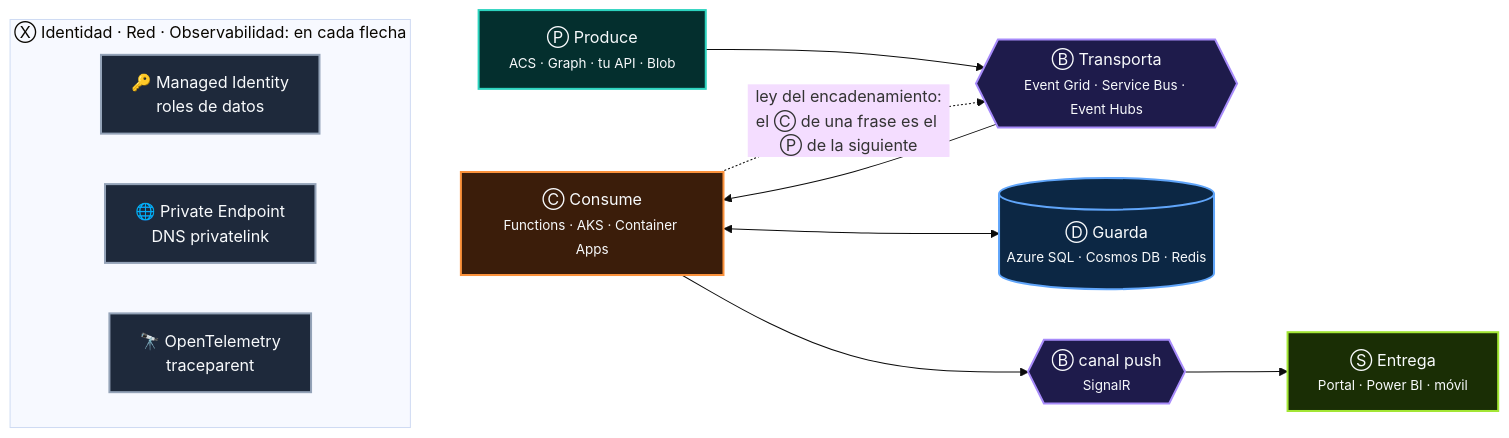
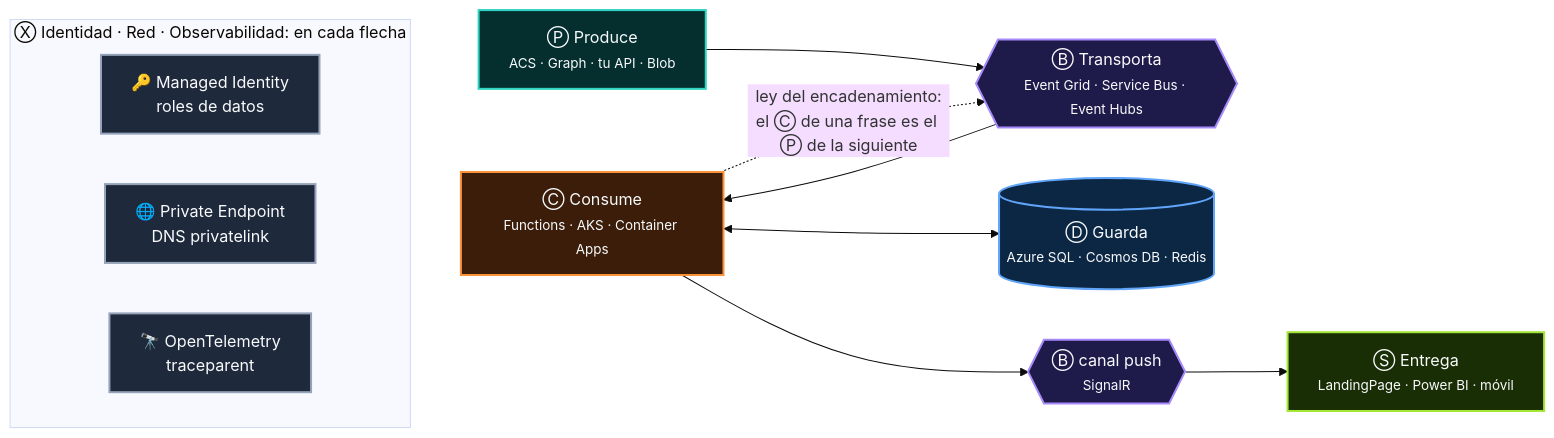
Before and after one commit to CristianSifuentes/QuickTheoryNET: the first of 3 diagrams in README.md, drawn with Mermaid (base theme). The commit also changed other lines of this file and 23 other files, not shown here.

First line of the commit message:
Rename the Portal project to LandingPage

````diff
--- a/README.md
+++ b/README.md
@@ -119,21 +119,21 @@
 ```mermaid
 flowchart LR
     P["Ⓟ Produce<br/><small>ACS · Graph · tu API · Blob</small>"]:::P --> B{{"Ⓑ Transporta<br/><small>Event Grid · Service Bus · Event Hubs</small>"}}:::B
     B --> C["Ⓒ Consume<br/><small>Functions · AKS · Container Apps</small>"]:::C
     C <--> D[("Ⓓ Guarda<br/><small>Azure SQL · Cosmos DB · Redis</small>")]:::D
-    C --> S2{{"Ⓑ canal push<br/><small>SignalR</small>"}}:::B --> S["Ⓢ Entrega<br/><small>Portal · Power BI · móvil</small>"]:::S
+    C --> S2{{"Ⓑ canal push<br/><small>SignalR</small>"}}:::B --> S["Ⓢ Entrega<br/><small>LandingPage · Power BI · móvil</small>"]:::S
     C -.->|"ley del encadenamiento:<br/>el Ⓒ de una frase es el Ⓟ de la siguiente"| B
     subgraph X["Ⓧ Identidad · Red · Observabilidad: en cada flecha"]
         direction LR
         X1["🔑 Managed Identity<br/>roles de datos"]:::X
         X2["🌐 Private Endpoint<br/>DNS privatelink"]:::X
         X3["🔭 OpenTelemetry<br/>traceparent"]:::X
     end
     X ~~~ C
     classDef P fill:#042F2E,stroke:#2DD4BF,color:#F8FAFC,stroke-width:2px
     classDef B fill:#1E1B4B,stroke:#A78BFA,color:#F8FAFC,stroke-width:2px
     classDef C fill:#3B1D0A,stroke:#FB923C,color:#F8FAFC,stroke-width:2px
     classDef D fill:#0C2744,stroke:#60A5FA,color:#F8FAFC,stroke-width:2px
     classDef S fill:#1A2E05,stroke:#A3E635,color:#F8FAFC,stroke-width:2px
     classDef X fill:#1E293B,stroke:#94A3B8,color:#F8FAFC,stroke-width:2px
 ```
````
